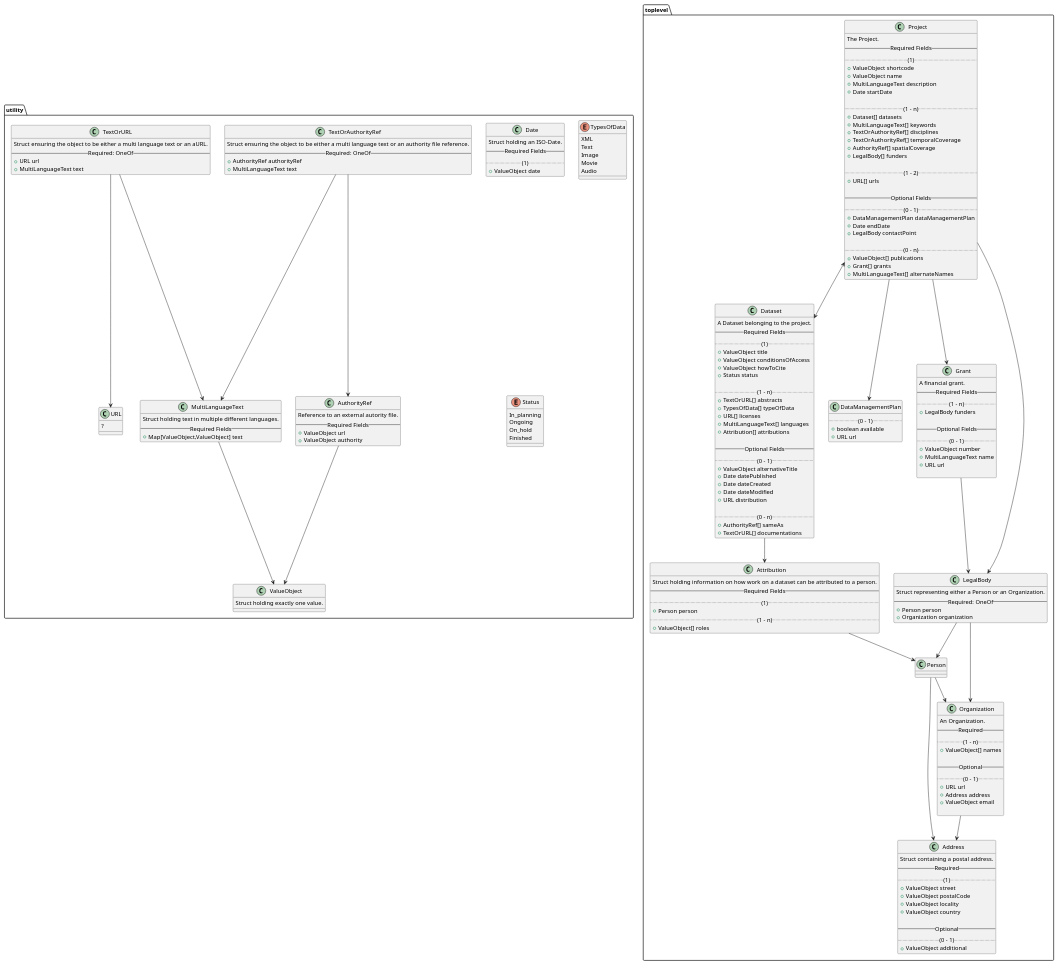
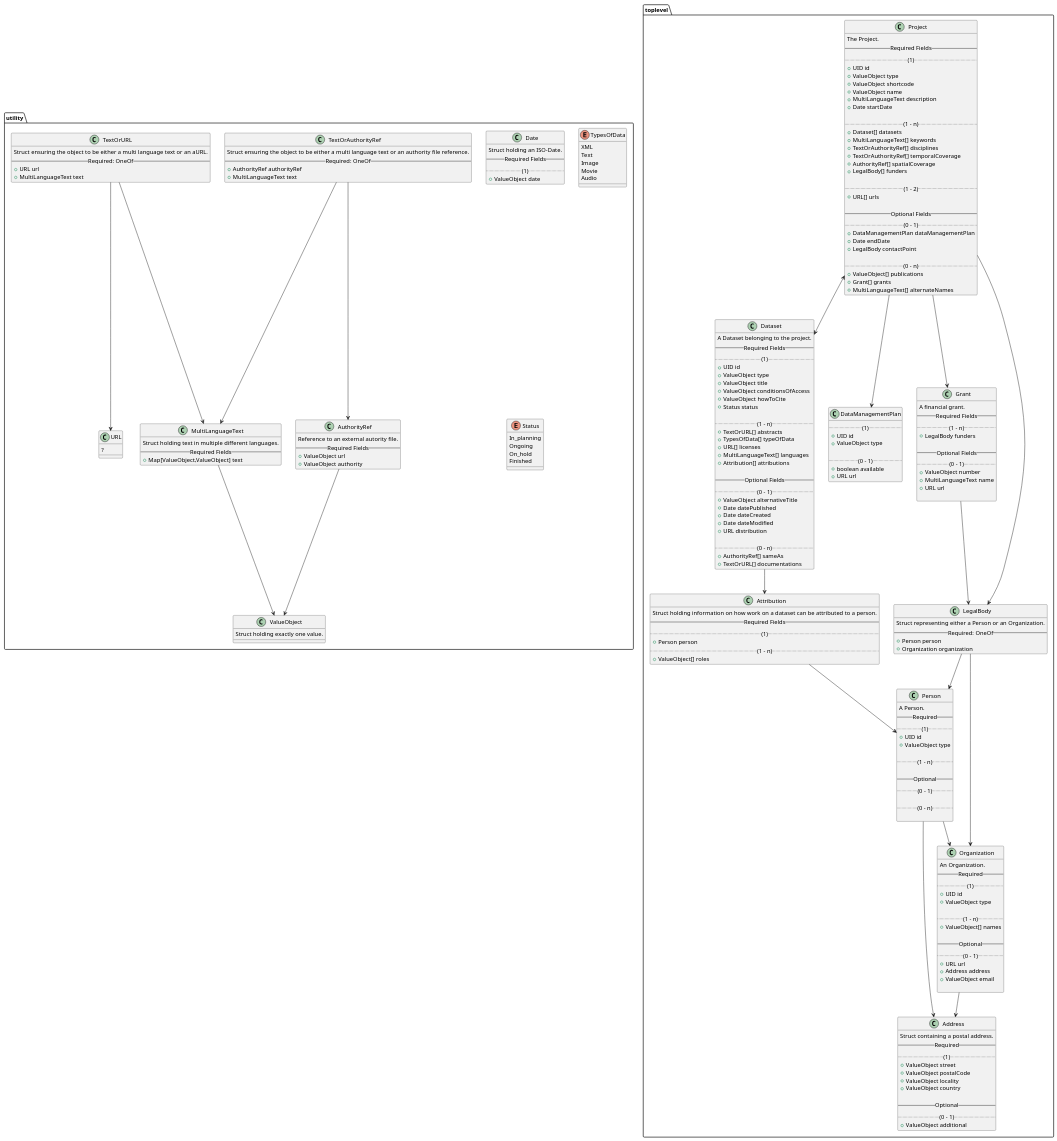
One commit to dasch-swiss/dasch-service-platform changed the diagram in docs/services/metadata/domain-entities.puml. Above: the diagram before and after it, drawn with PlantUML.

Commit message:
docs(metadata): add ID and type to domain entities

```diff
--- a/docs/services/metadata/domain-entities.puml
+++ b/docs/services/metadata/domain-entities.puml
@@ -7,6 +7,8 @@
     The Project.
     -- Required Fields --
     .. (1) ..
+    +UID id
+    +ValueObject type
     +ValueObject shortcode
     +ValueObject name
     +MultiLanguageText description
@@ -41,6 +43,8 @@
     ' TODO
     -- Required Fields --
     .. (1) ..
+    +UID id
+    +ValueObject type
     +ValueObject title
     +ValueObject conditionsOfAccess
     ' TODO: rename to accessConditions?
@@ -70,6 +74,10 @@
   }
 
   class DataManagementPlan {
+    .. (1) ..
+    +UID id
+    +ValueObject type
+
     .. (0 - 1) ..
     +boolean available
     +URL url
@@ -99,12 +107,29 @@
   }
 
   class Person {
+    A Person.
+    -- Required --
+    .. (1) ..
+    +UID id
+    +ValueObject type
+
+    .. (1 - n) ..
+
+    -- Optional --
+    .. (0 - 1) ..
+
+    .. (0 - n) ..
+
     ' TODO
   }
 
   class Organization {
     An Organization.
     -- Required --
+    .. (1) ..
+    +UID id
+    +ValueObject type
+
     .. (1 - n) ..
     + ValueObject[] names
     ' TODO: Or would that be Multilanguage?
```
